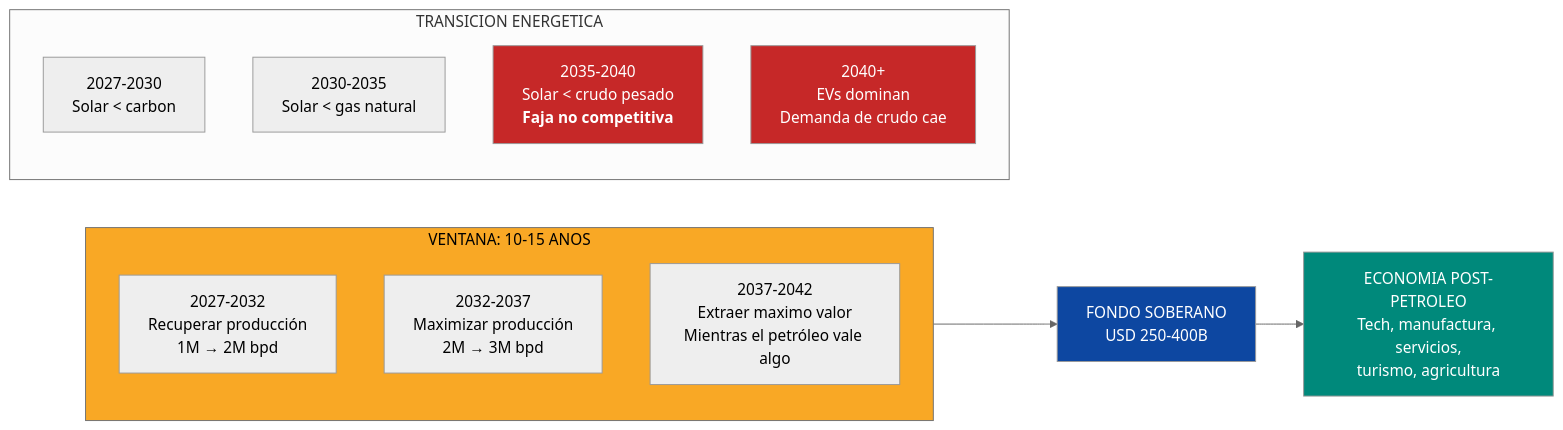
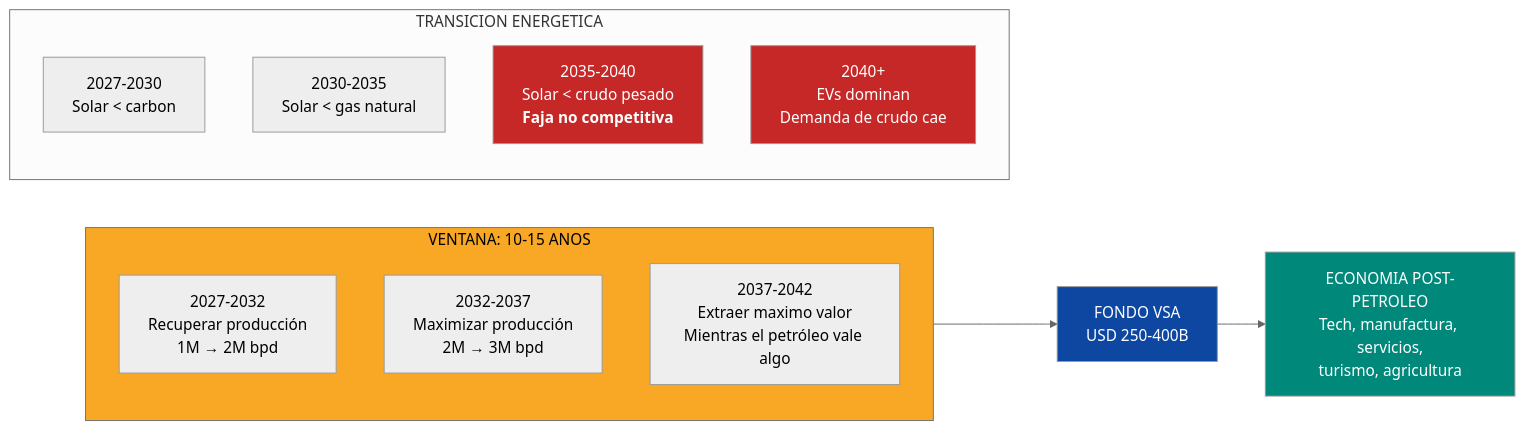
One commit to Venezuela-S-A/venezuela-sa changed the eighth of 9 diagrams in docs/10-oportunidades/petroleo-gas.md. Above: the diagram before and after it, drawn with Mermaid (neutral theme). The commit also changed other lines of this file and 49 other files, not shown here.

````diff
--- a/docs/10-oportunidades/petroleo-gas.md
+++ b/docs/10-oportunidades/petroleo-gas.md
@@ -462,24 +466,24 @@
 ```mermaid
 flowchart LR
     subgraph VENTANA["VENTANA: 10-15 ANOS"]
         V1["2027-2032<br/>Recuperar producción<br/>1M → 2M bpd"]
         V2["2032-2037<br/>Maximizar producción<br/>2M → 3M bpd"]
         V3["2037-2042<br/>Extraer maximo valor<br/>Mientras el petróleo vale algo"]
     end
 
     subgraph TRANSICION["TRANSICION ENERGETICA"]
         T1["2027-2030<br/>Solar < carbon"]
         T2["2030-2035<br/>Solar < gas natural"]
         T3["2035-2040<br/>Solar < crudo pesado<br/><b>Faja no competitiva</b>"]
         T4["2040+<br/>EVs dominan<br/>Demanda de crudo cae"]
     end
 
-    VENTANA --> FUND4["FONDO SOBERANO<br/>USD 250-400B"]
+    VENTANA --> FUND4["FONDO VSA<br/>USD 250-400B"]
     FUND4 --> POST["ECONOMIA POST-PETROLEO<br/>Tech, manufactura, servicios,<br/>turismo, agricultura"]
 
     style VENTANA fill:#F9A825,color:#000
     style T3 fill:#C62828,color:#fff
     style T4 fill:#C62828,color:#fff
     style FUND4 fill:#0D47A1,color:#fff
     style POST fill:#00897B,color:#fff
 ```
````
